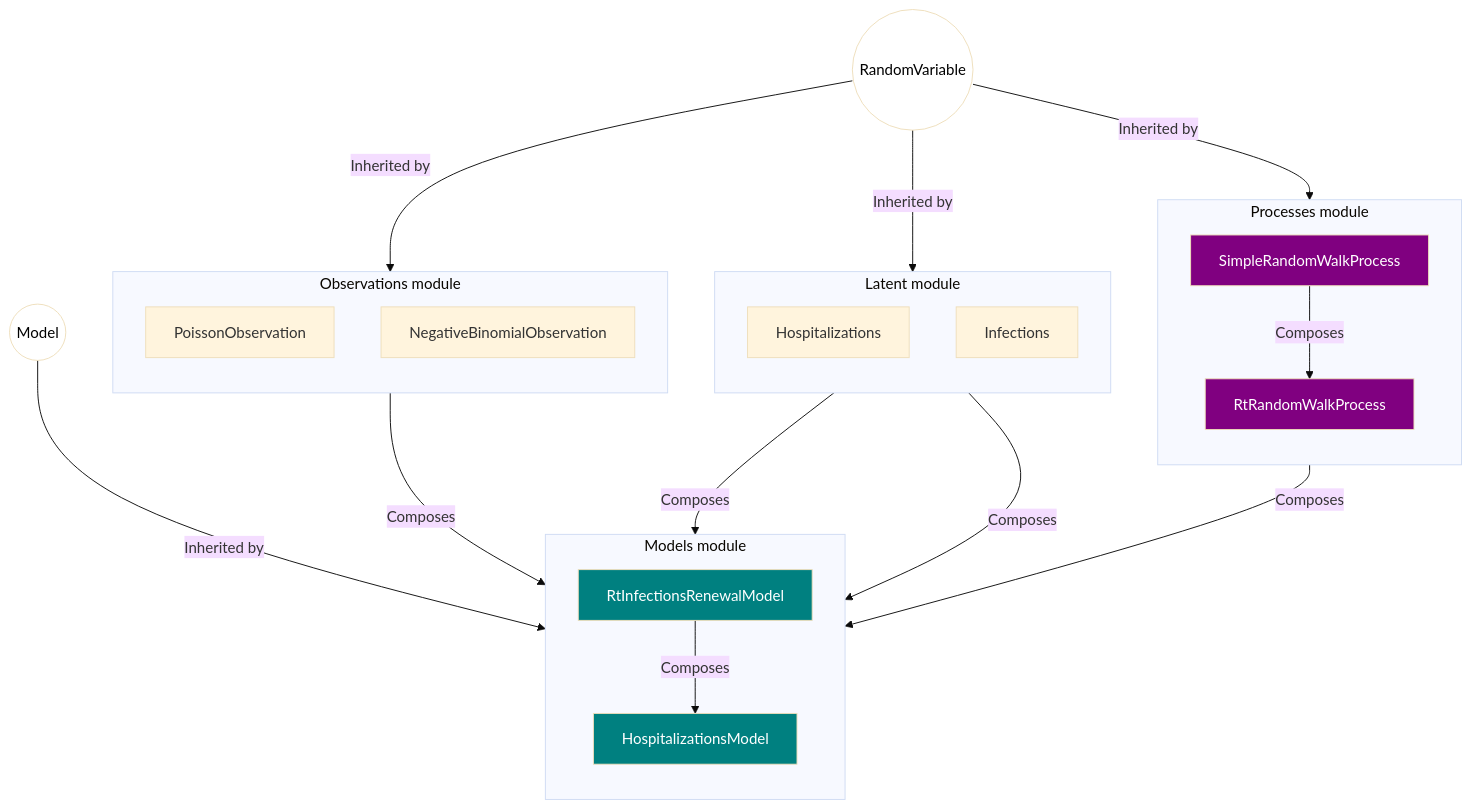
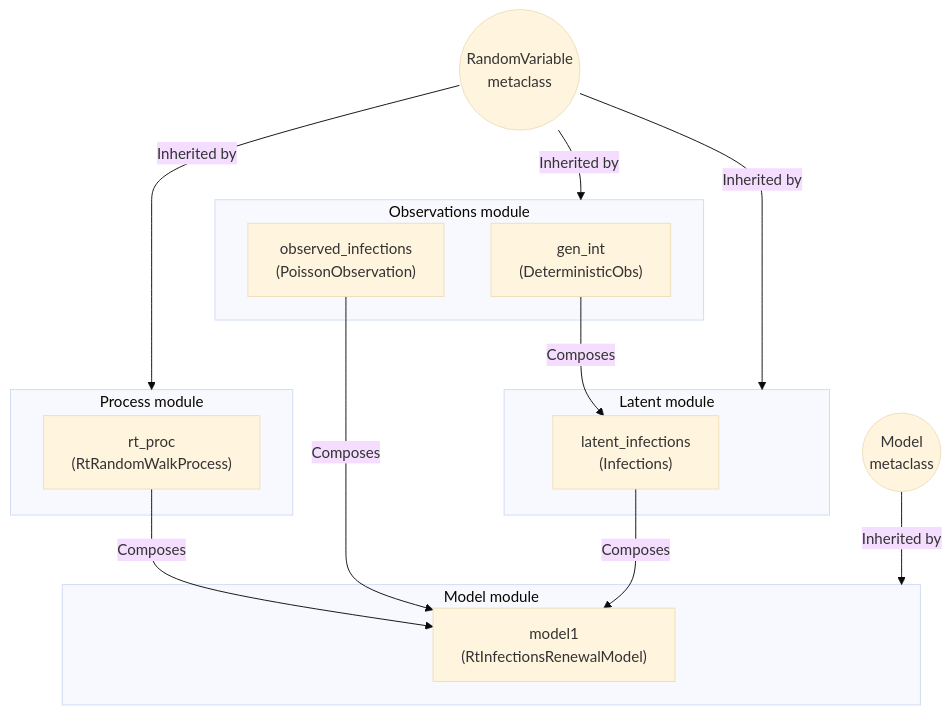
One commit to CDCgov/PyRenew changed the second of 2 diagrams in model/docs/getting-started.md. Above: the diagram before and after it, drawn with Mermaid (base theme). The commit also changed other lines of this file and 4 other files, not shown here.

Commit message:
Cleaning the quarto documents and working on the getting started diagram

````diff
--- a/model/docs/getting-started.md
+++ b/model/docs/getting-started.md
@@ -22,55 +195,32 @@
 ``` mermaid
 flowchart TB
+    rand((RandomVariable\nmetaclass))
+    models((Model\nmetaclass))
 
-    subgraph randprocmod["Processes module"]
-        direction TB
-        simprw["SimpleRandomWalkProcess"]
-        rtrw["RtRandomWalkProcess"]
+    subgraph observations[Observations module]
+        genint["gen_int\n(DeterministicObs)"]
+        obs["observed_infections\n(PoissonObservation)"]
     end
 
-    subgraph latentmod["Latent module"]
-        direction TB
-        hosp_latent["Hospitalizations"]
-        inf_latent["Infections"]
+    subgraph latent[Latent module]
+        inf["latent_infections\n(Infections)"]
     end
 
-    subgraph obsmod["Observations module"]
-        direction TB
-        pois["PoissonObservation"]
-        nb["NegativeBinomialObservation"]
+    subgraph process[Process module]
+        rt["rt_proc\n(RtRandomWalkProcess)"]
     end
 
-    subgraph models["Models module"]
-        direction TB
-        basic["RtInfectionsRenewalModel"]
-        hosp["HospitalizationsModel"]
+    subgraph model[Model module]
+        model1["model1\n(RtInfectionsRenewalModel)"]
     end
 
-    rp(("RandomVariable")) --> |Inherited by| randprocmod
-    rp -->|Inherited by| latentmod
-    rp -->|Inherited by| obsmod
+    rand-->|Inherited by|observations
+    rand-->|Inherited by|process
+    rand-->|Inherited by|latent
+    models-->|Inherited by|model
 
-
-    model(("Model")) -->|Inherited by| models
-
-    simprw -->|Composes| rtrw
-    rtrw -->|Composes| basic
-    inf_latent -->|Composes| basic
-    basic -->|Composes| hosp
-
-
-    obsmod -->|Composes|models
-    hosp_latent -->|Composes| hosp
-
-    %% Metaclasses
-    classDef Metaclass color:black,fill:white
-    class rp,model Metaclass
-
-    %% Random process
-    classDef Randproc fill:purple,color:white
-    class rtrw,simprw Randproc
-
-    %% Models
-    classDef Models fill:teal,color:white
-    class basic,hosp Models
+    genint-->|Composes|inf
+    rt-->|Composes|model1
+    obs-->|Composes|model1
+    inf-->|Composes|model1
 ```
````
